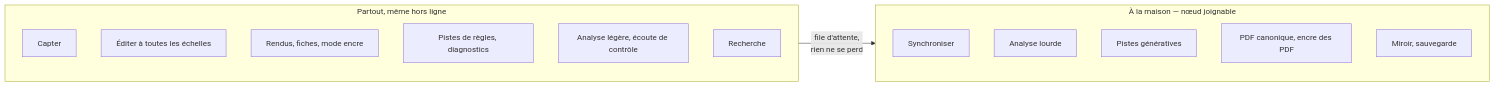
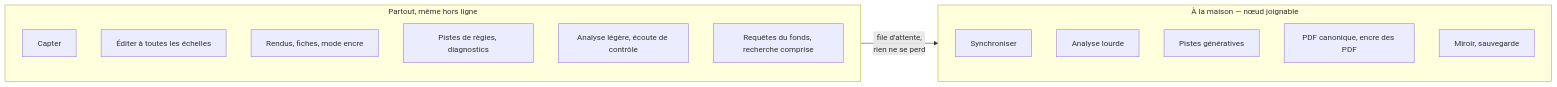
One commit to EdouardZemb/pupitre changed the diagram in docs/20-sfd/29-socle-donnees-appareils.md. Above: the diagram before and after it, drawn with Mermaid. The commit also changed other lines of this file and 47 other files, not shown here.

First line of the commit message:
feat: les requêtes du fonds, leur index, les requêtes enregistrées et le journal à fenêtre (#47)

````diff
--- a/docs/20-sfd/29-socle-donnees-appareils.md
+++ b/docs/20-sfd/29-socle-donnees-appareils.md
@@ -8,21 +8,21 @@
 ```mermaid
 flowchart LR
   subgraph PARTOUT["Partout, même hors ligne"]
     direction TB
     A1["Capter"]
     A2["Éditer à toutes les échelles"]
     A3["Rendus, fiches, mode encre"]
     A4["Pistes de règles, diagnostics"]
     A5["Analyse légère, écoute de contrôle"]
-    A6["Recherche"]
+    A6["Requêtes du fonds, recherche comprise"]
   end
   subgraph MAISON["À la maison — nœud joignable"]
     direction TB
     B1["Synchroniser"]
     B2["Analyse lourde"]
     B3["Pistes génératives"]
     B4["PDF canonique, encre des PDF"]
     B5["Miroir, sauvegarde"]
   end
   PARTOUT -->|"file d'attente,<br/>rien ne se perd"| MAISON
 ```
````
